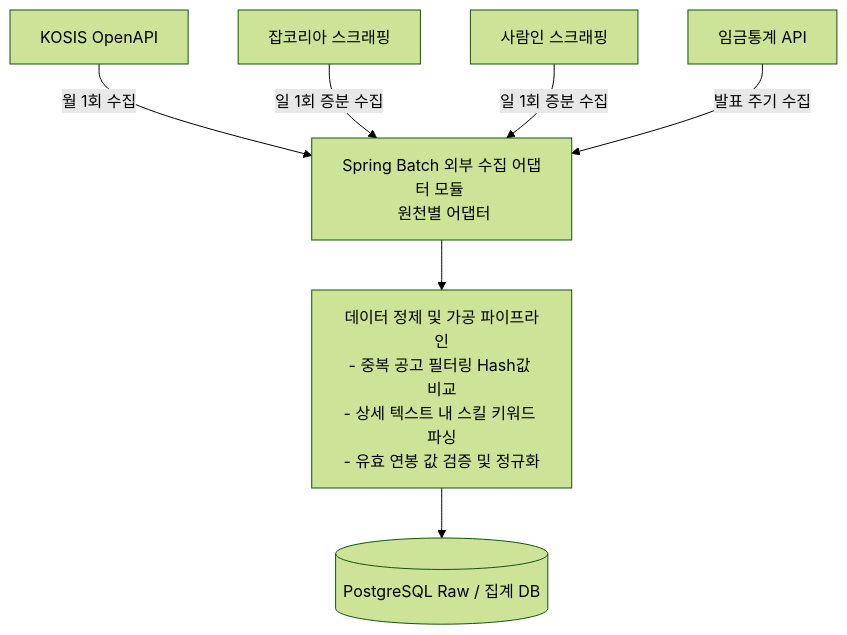
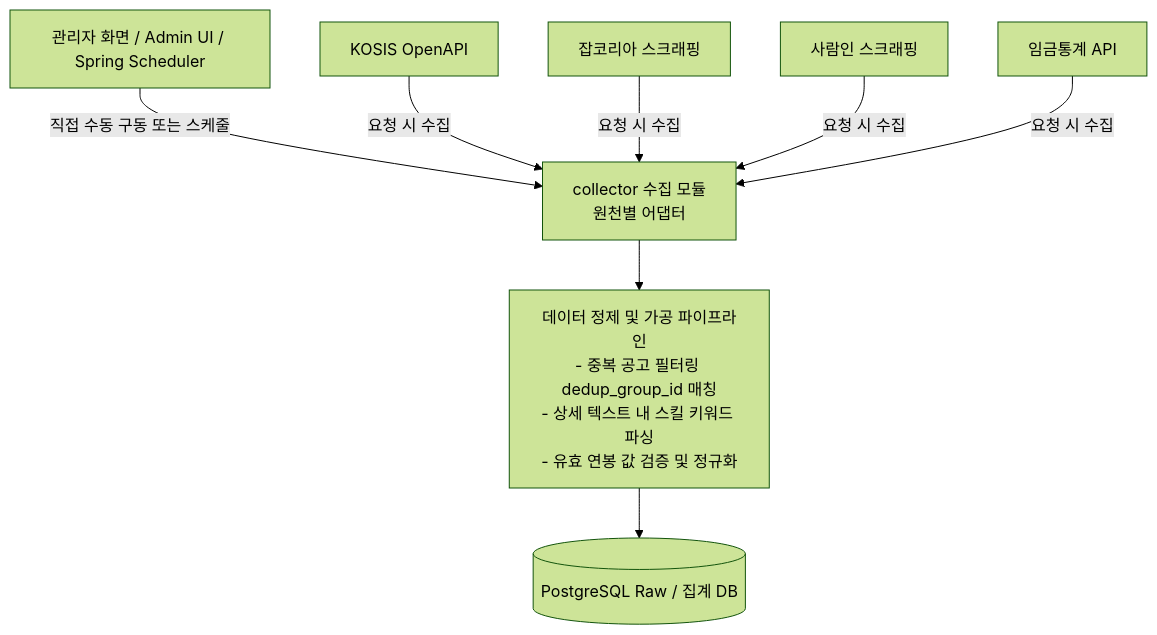
The diagram in docs/research/data-collection-feasibility.md (SeoHyeokGyu/Carix), drawn with Mermaid (forest theme) before and after one commit. The commit also changed other lines of this file and 6 other files, not shown here.

Commit message:
docs(collector): 관리자 직접 구동 및 Spring Scheduler 도입 고려 반영

````diff
--- a/docs/research/data-collection-feasibility.md
+++ b/docs/research/data-collection-feasibility.md
@@ -64,9 +64,10 @@
 ```mermaid
 flowchart TD
-    Kosis[KOSIS OpenAPI] -->|월 1회 수집| Batch[Spring Batch 외부 수집 어댑터 모듈 <br> 원천별 어댑터]
-    JobKorea[잡코리아 스크래핑] -->|일 1회 증분 수집| Batch
-    Saramin[사람인 스크래핑] -->|일 1회 증분 수집| Batch
-    Wage[임금통계 API] -->|발표 주기 수집| Batch
-    Batch --> Pipeline[데이터 정제 및 가공 파이프라인<br>- 중복 공고 필터링 Hash값 비교<br>- 상세 텍스트 내 스킬 키워드 파싱<br>- 유효 연봉 값 검증 및 정규화]
+    Admin[관리자 화면 / Admin UI / Spring Scheduler] -->|직접 수동 구동 또는 스케줄| Collector[collector 수집 모듈 <br> 원천별 어댑터]
+    Kosis[KOSIS OpenAPI] -->|요청 시 수집| Collector
+    JobKorea[잡코리아 스크래핑] -->|요청 시 수집| Collector
+    Saramin[사람인 스크래핑] -->|요청 시 수집| Collector
+    Wage[임금통계 API] -->|요청 시 수집| Collector
+    Collector --> Pipeline[데이터 정제 및 가공 파이프라인<br>- 중복 공고 필터링 dedup_group_id 매칭<br>- 상세 텍스트 내 스킬 키워드 파싱<br>- 유효 연봉 값 검증 및 정규화]
     Pipeline --> DB[(PostgreSQL Raw / 집계 DB)]
 ```
````
